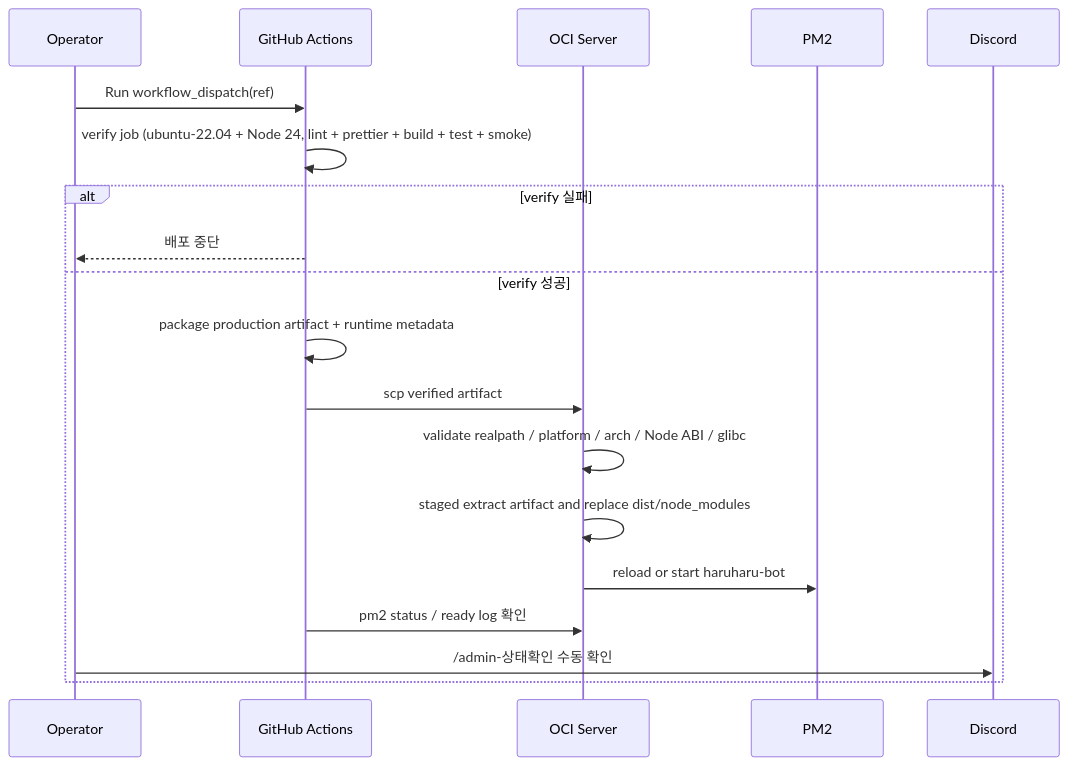
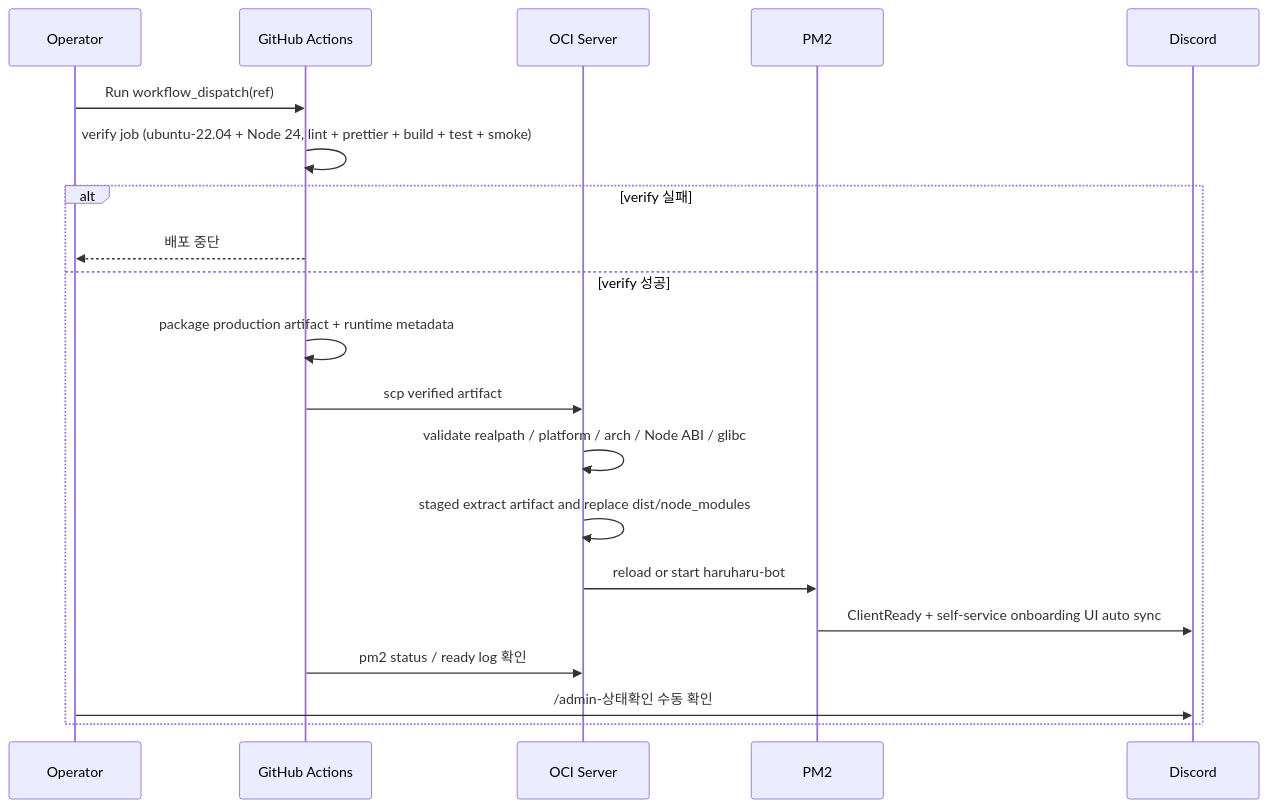
The fifth of 21 diagrams in docs/USER_STORIES.md (honki12345/haruharu-discord-bot), drawn with Mermaid before and after one commit. The commit also changed other lines of this file and 5 other files, not shown here.

Commit message:
feat: ready 시 self-service UI 자동 동기화 (#121)

````diff
--- a/docs/USER_STORIES.md
+++ b/docs/USER_STORIES.md
@@ -168,23 +169,24 @@
 ```mermaid
 sequenceDiagram
     participant O as Operator
     participant GH as GitHub Actions
     participant OCI as OCI Server
     participant PM2 as PM2
     participant D as Discord
 
     O->>GH: Run workflow_dispatch(ref)
     GH->>GH: verify job (ubuntu-22.04 + Node 24, lint + prettier + build + test + smoke)
 
     alt verify 실패
         GH-->>O: 배포 중단
     else verify 성공
         GH->>GH: package production artifact + runtime metadata
         GH->>OCI: scp verified artifact
         OCI->>OCI: validate realpath / platform / arch / Node ABI / glibc
         OCI->>OCI: staged extract artifact and replace dist/node_modules
         OCI->>PM2: reload or start haruharu-bot
+        PM2->>D: ClientReady + self-service onboarding UI auto sync
         GH->>OCI: pm2 status / ready log 확인
         O->>D: /admin-상태확인 수동 확인
     end
 ```
````
